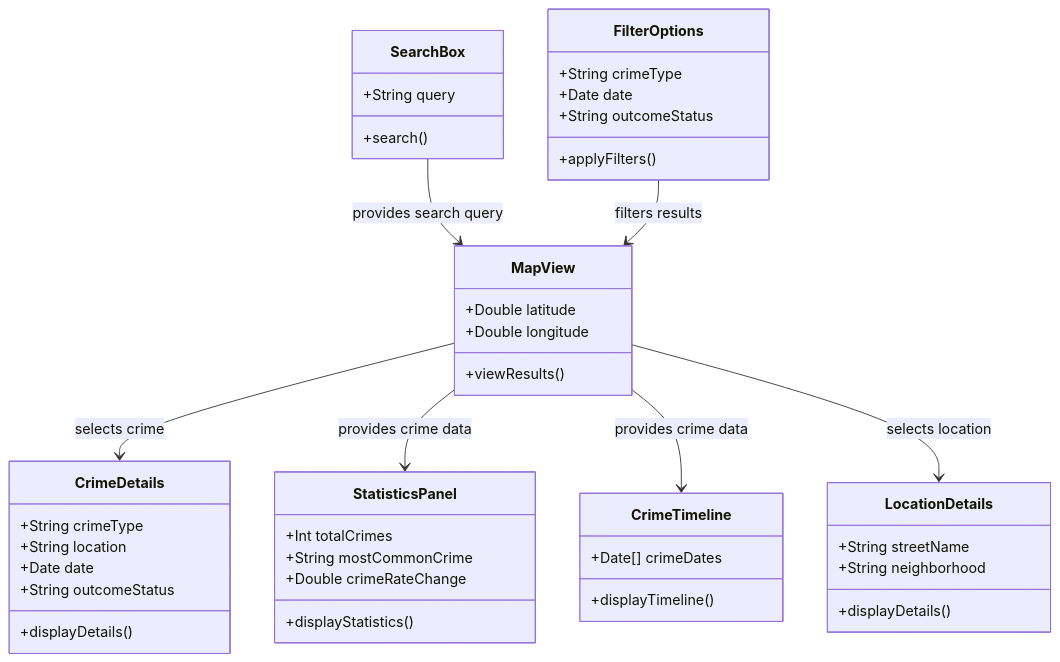
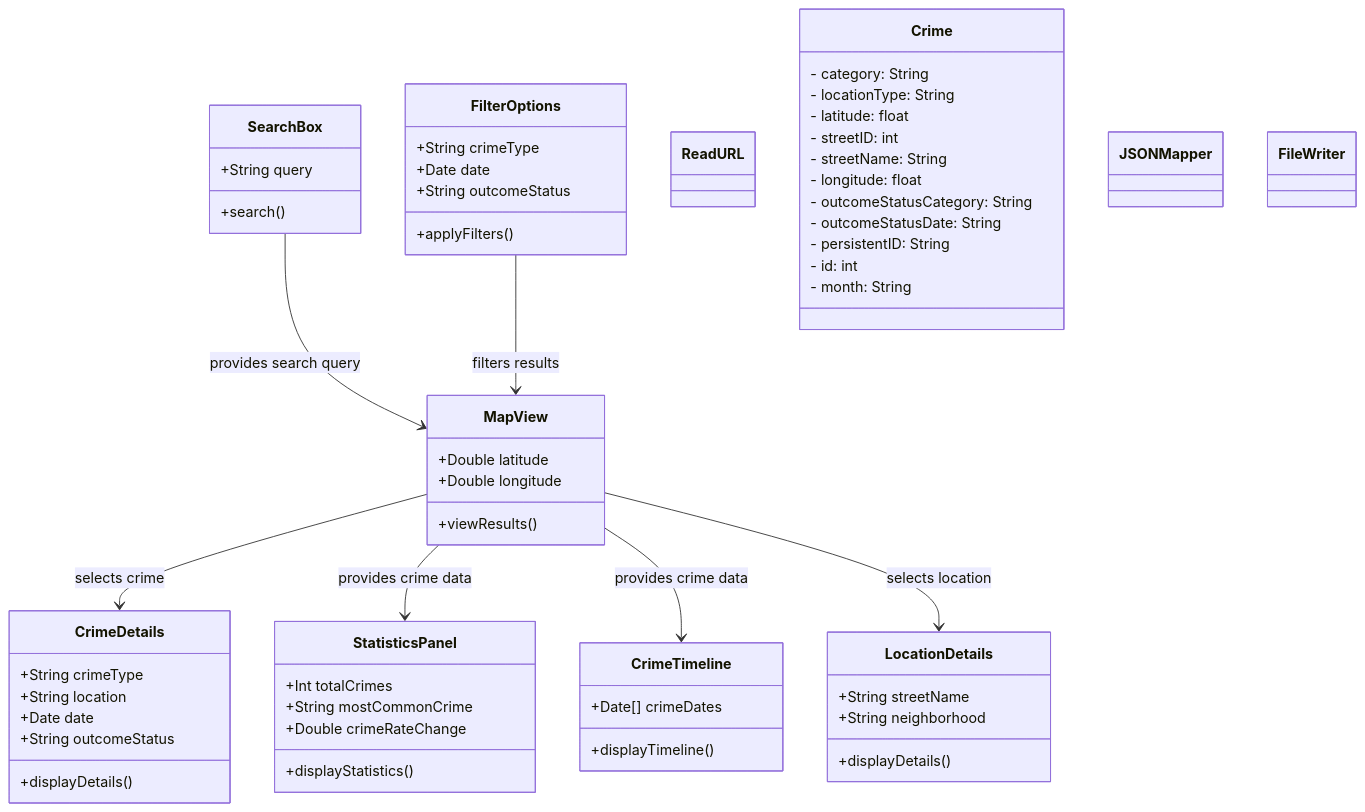
The diagram in DesignDocuments/README.md (wbeeker/UK-Crime-Data), drawn with Mermaid before and after one commit. The commit also changed other lines of this file, not shown here.

````diff
--- a/DesignDocuments/README.md
+++ b/DesignDocuments/README.md
@@ -5,47 +27,66 @@
 ```mermaid
 classDiagram
     class SearchBox {
         +String query
         +search()
     }
     class MapView {
         +Double latitude
         +Double longitude
         +viewResults()
     }
     class CrimeDetails {
         +String crimeType
         +String location
         +Date date
         +String outcomeStatus
         +displayDetails()
     }
     class FilterOptions {
         +String crimeType
         +Date date
         +String outcomeStatus
         +applyFilters()
     }
     class StatisticsPanel {
         +Int totalCrimes
         +String mostCommonCrime
         +Double crimeRateChange
         +displayStatistics()
     }
     class CrimeTimeline {
         +Date[] crimeDates
         +displayTimeline()
     }
     class LocationDetails {
         +String streetName
         +String neighborhood
         +displayDetails()
     }
+    class ReadURL {
+    }
+    class Crime {
+        - category: String
+        - locationType: String
+        - latitude: float
+        - streetID: int
+        - streetName: String
+        - longitude: float
+        - outcomeStatusCategory: String
+        - outcomeStatusDate: String
+        - persistentID: String
+        - id: int
+        - month: String
+    }
+    class JSONMapper {
+    }
+    class FileWriter {
+    }
     SearchBox --> MapView : provides search query
     MapView --> CrimeDetails : selects crime
     FilterOptions --> MapView : filters results
     MapView --> StatisticsPanel : provides crime data
     MapView --> CrimeTimeline : provides crime data
     MapView --> LocationDetails : selects location
 
 ```
````
